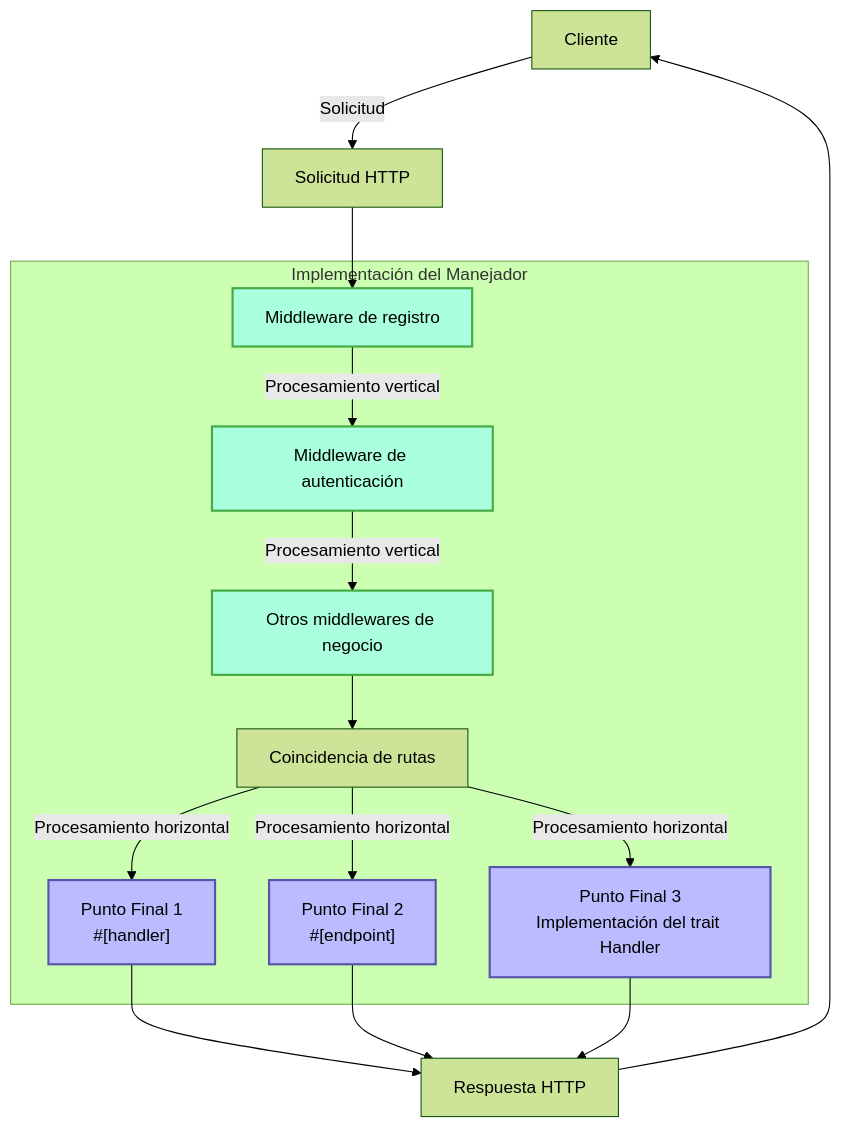
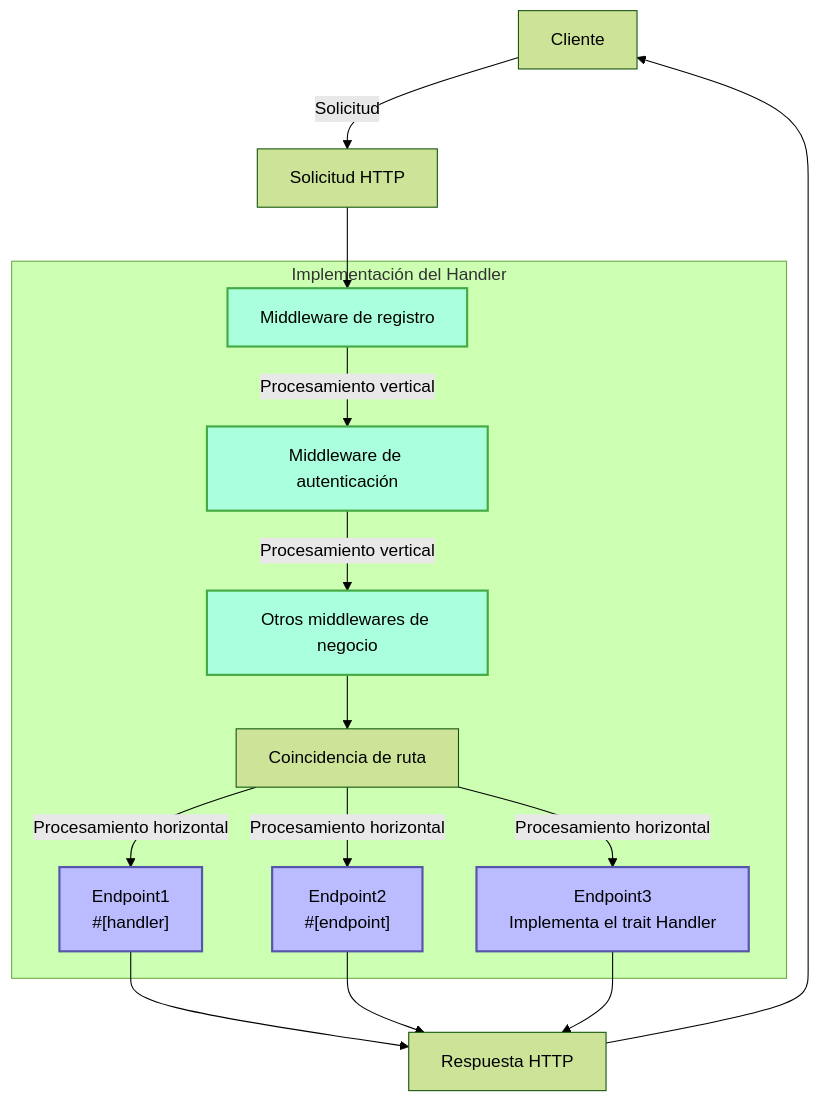
The first of 2 diagrams in docs/es/guide/concepts/handler.mdx (salvo-rs/website), drawn with Mermaid (forest theme) before and after one commit. The commit also changed other lines of this file and 1062 other files, not shown here.

````diff
--- a/docs/es/guide/concepts/handler.mdx
+++ b/docs/es/guide/concepts/handler.mdx
@@ -15,25 +15,25 @@
 ```mermaid
 flowchart TD
-    Cliente[Cliente] -->|Solicitud| Solicitud[Solicitud HTTP]
-    Solicitud --> M1
+    Client[Cliente] -->|Solicitud| Request[Solicitud HTTP]
+    Request --> M1
 
-    subgraph "Implementación del Manejador"
+    subgraph "Implementación del Handler"
         M1[Middleware de registro] -->|Procesamiento vertical| M2[Middleware de autenticación] -->|Procesamiento vertical| M3[Otros middlewares de negocio]
-        M3 --> Enrutador[Coincidencia de rutas]
+        M3 --> Router[Coincidencia de ruta]
 
-        Enrutador -->|Procesamiento horizontal| E1["Punto Final 1<br>#[handler]"]
-        Enrutador -->|Procesamiento horizontal| E2["Punto Final 2<br>#[endpoint]"]
-        Enrutador -->|Procesamiento horizontal| E3["Punto Final 3<br>Implementación del trait Handler"]
+        Router -->|Procesamiento horizontal| E1["Endpoint1<br>#[handler]"]
+        Router -->|Procesamiento horizontal| E2["Endpoint2<br>#[endpoint]"]
+        Router -->|Procesamiento horizontal| E3["Endpoint3<br>Implementa el trait Handler"]
     end
 
-    E1 --> Respuesta[Respuesta HTTP]
-    E2 --> Respuesta
-    E3 --> Respuesta
-    Respuesta --> Cliente
+    E1 --> Response[Respuesta HTTP]
+    E2 --> Response
+    E3 --> Response
+    Response --> Client
 
     classDef middleware fill:#afd,stroke:#4a4,stroke-width:2px;
     classDef endpoint fill:#bbf,stroke:#55a,stroke-width:2px;
 
     class M1,M2,M3 middleware;
     class E1,E2,E3 endpoint;
 ```
````
